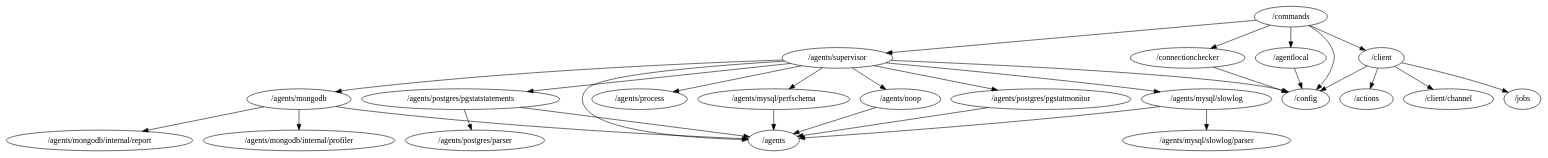
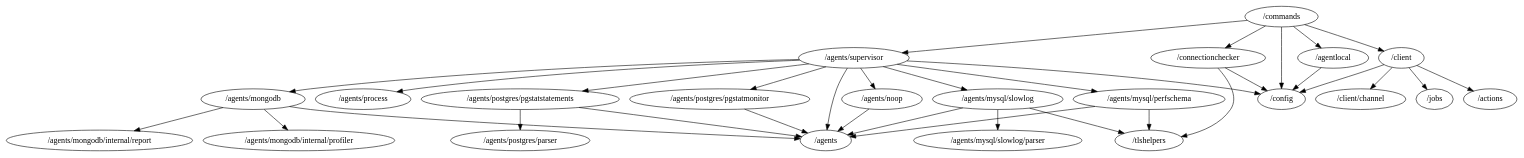
One commit to percona/pmm changed the diagram in packages.dot. Above: the diagram before and after it, drawn with Graphviz. The commit also changed 5 other files, not shown here.

```diff
--- a/packages.dot
+++ b/packages.dot
@@ -1,32 +1,35 @@
 digraph packages {
 	"/agentlocal" -> "/config";
 	"/agents/mongodb" -> "/agents";
 	"/agents/mongodb" -> "/agents/mongodb/internal/profiler";
 	"/agents/mongodb" -> "/agents/mongodb/internal/report";
 	"/agents/mysql/perfschema" -> "/agents";
+	"/agents/mysql/perfschema" -> "/tlshelpers";
 	"/agents/mysql/slowlog" -> "/agents";
 	"/agents/mysql/slowlog" -> "/agents/mysql/slowlog/parser";
+	"/agents/mysql/slowlog" -> "/tlshelpers";
 	"/agents/noop" -> "/agents";
 	"/agents/postgres/pgstatmonitor" -> "/agents";
 	"/agents/postgres/pgstatstatements" -> "/agents";
 	"/agents/postgres/pgstatstatements" -> "/agents/postgres/parser";
 	"/agents/supervisor" -> "/agents";
 	"/agents/supervisor" -> "/agents/mongodb";
 	"/agents/supervisor" -> "/agents/mysql/perfschema";
 	"/agents/supervisor" -> "/agents/mysql/slowlog";
 	"/agents/supervisor" -> "/agents/noop";
 	"/agents/supervisor" -> "/agents/postgres/pgstatmonitor";
 	"/agents/supervisor" -> "/agents/postgres/pgstatstatements";
 	"/agents/supervisor" -> "/agents/process";
 	"/agents/supervisor" -> "/config";
 	"/client" -> "/actions";
 	"/client" -> "/client/channel";
 	"/client" -> "/config";
 	"/client" -> "/jobs";
 	"/commands" -> "/agentlocal";
 	"/commands" -> "/agents/supervisor";
 	"/commands" -> "/client";
 	"/commands" -> "/config";
 	"/commands" -> "/connectionchecker";
 	"/connectionchecker" -> "/config";
+	"/connectionchecker" -> "/tlshelpers";
 }
```
